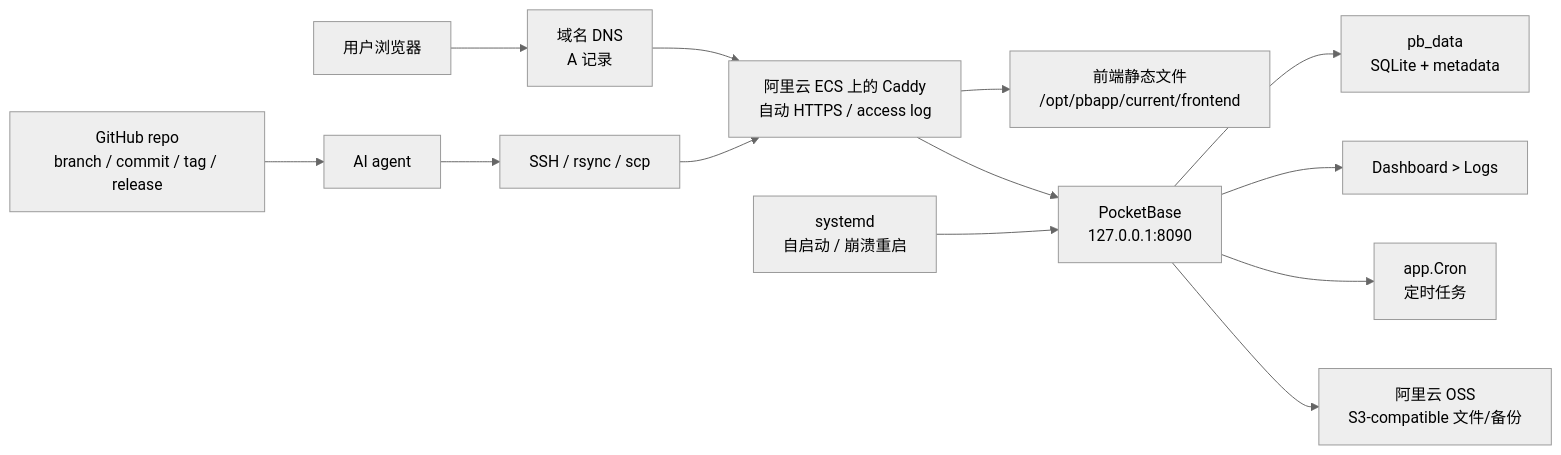
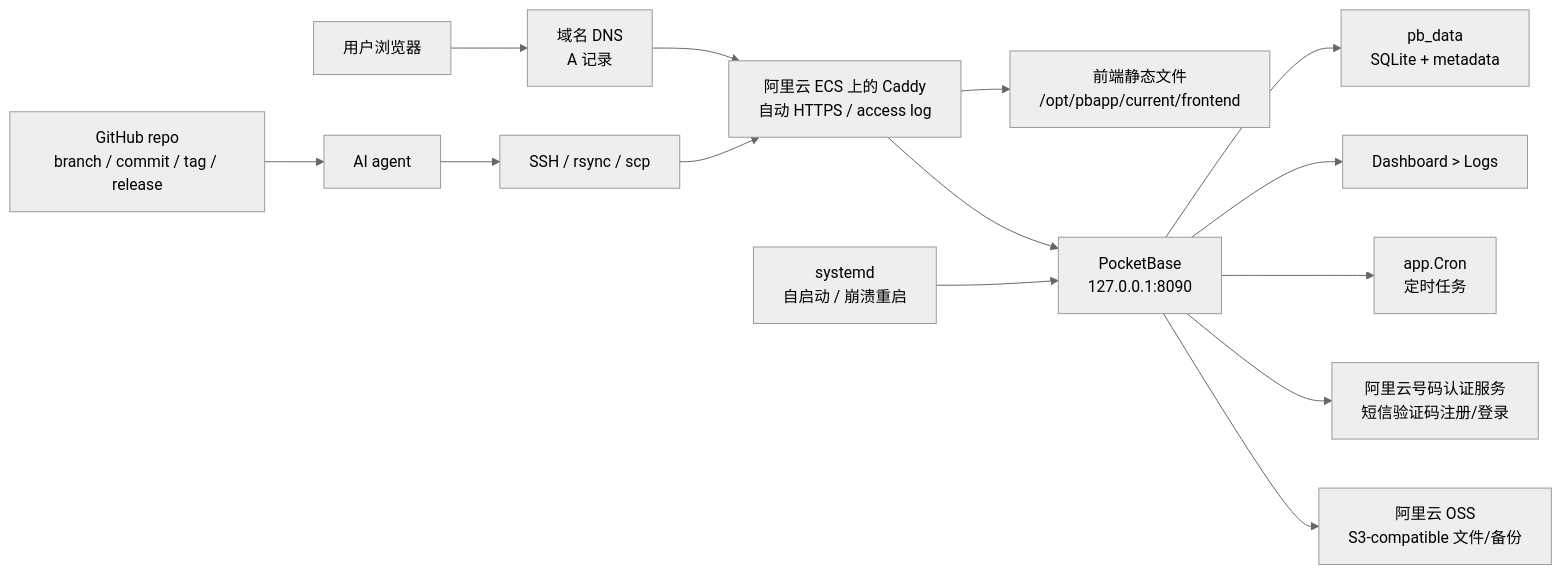
One commit to charlescui/pocketbase-ai-mvp-builder changed the second of 5 diagrams in README.md. Above: the diagram before and after it, drawn with Mermaid (neutral theme). The commit also changed other lines of this file and 6 other files, not shown here.

````diff
--- a/README.md
+++ b/README.md
@@ -91,15 +93,16 @@
 ```mermaid
 flowchart LR
     U["用户浏览器"] --> DNS["域名 DNS<br/>A 记录"]
     DNS --> Caddy["阿里云 ECS 上的 Caddy<br/>自动 HTTPS / access log"]
     Caddy --> FE["前端静态文件<br/>/opt/pbapp/current/frontend"]
     Caddy --> PB["PocketBase<br/>127.0.0.1:8090"]
     PB --> DB["pb_data<br/>SQLite + metadata"]
     PB --> Logs["Dashboard > Logs"]
     PB --> Cron["app.Cron<br/>定时任务"]
+    PB --> SMS["阿里云号码认证服务<br/>短信验证码注册/登录"]
     PB --> OSS["阿里云 OSS<br/>S3-compatible 文件/备份"]
     Systemd["systemd<br/>自启动 / 崩溃重启"] --> PB
     Agent["AI agent"] --> SSH["SSH / rsync / scp"]
     SSH --> Caddy
     GitHub["GitHub repo<br/>branch / commit / tag / release"] --> Agent
 ```
````
